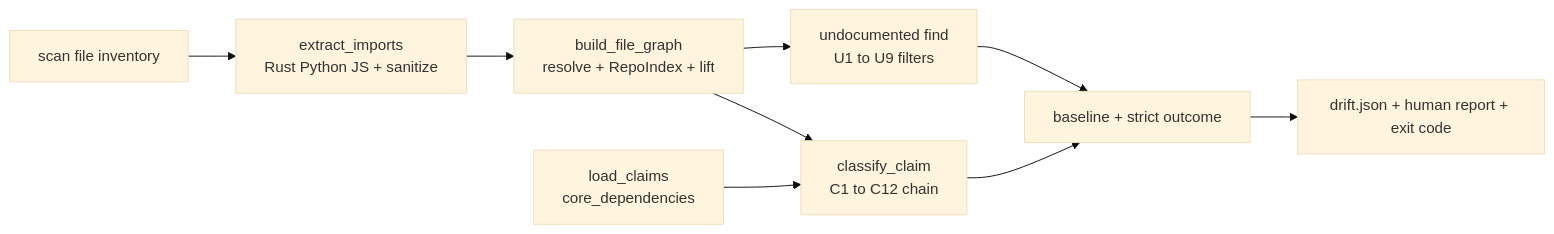
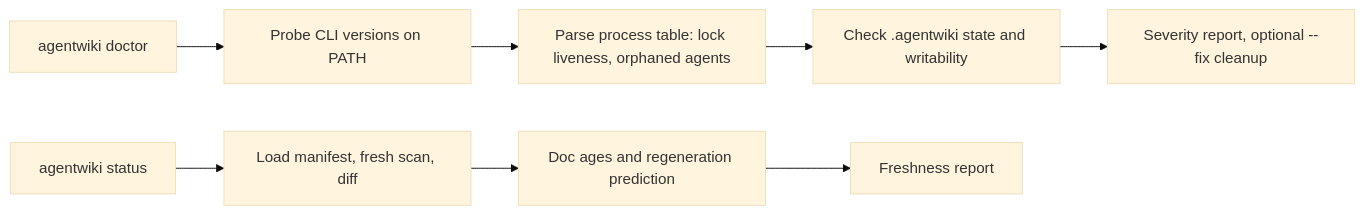
The sixth of 6 diagrams in docs/vi/2.Architecture.md (tidusvn05/agentwiki), drawn with Mermaid (base theme) before and after one commit. The commit also changed other lines of this file and 41 other files, not shown here.

````diff
--- a/docs/vi/2.Architecture.md
+++ b/docs/vi/2.Architecture.md
@@ -299,11 +293,11 @@
 ```mermaid
 flowchart LR
-    A[scan file inventory] --> B[extract_imports<br/>Rust Python JS + sanitize]
-    B --> C[build_file_graph<br/>resolve + RepoIndex + lift]
-    C --> D[classify_claim<br/>C1 to C12 chain]
-    C --> E[undocumented find<br/>U1 to U9 filters]
-    F[load_claims<br/>core_dependencies] --> D
-    D --> G[baseline + strict outcome]
-    E --> G
-    G --> H[drift.json + human report + exit code]
+    A[agentwiki doctor] --> B[Probe CLI versions on PATH]
+    B --> C[Parse process table: lock liveness, orphaned agents]
+    C --> D[Check .agentwiki state and writability]
+    D --> E[Severity report, optional --fix cleanup]
+
+    F[agentwiki status] --> G[Load manifest, fresh scan, diff]
+    G --> H[Doc ages and regeneration prediction]
+    H --> I[Freshness report]
 ```
````
